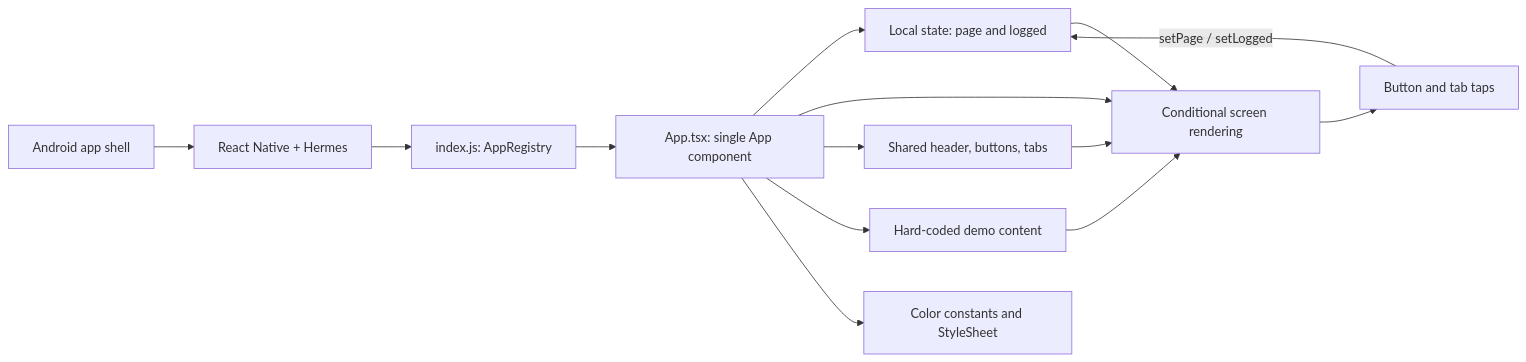
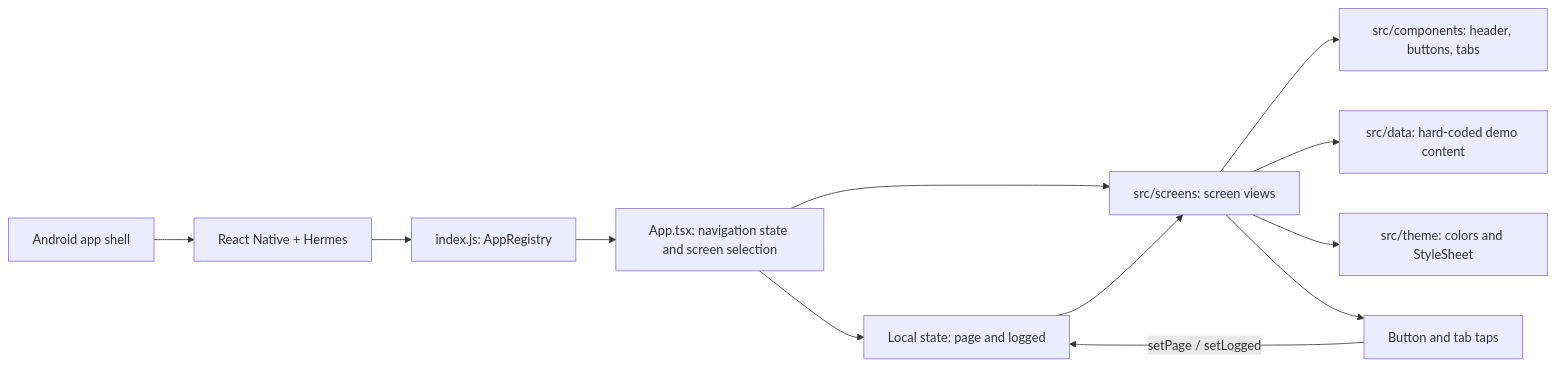
One commit to Patt-00/Campus4Change changed the first of 2 diagrams in docs/ARCHITECTURE.md. Above: the diagram before and after it, drawn with Mermaid. The commit also changed other lines of this file and 17 other files, not shown here.

Commit message:
Organize prototype screens and shared UI

````diff
--- a/docs/ARCHITECTURE.md
+++ b/docs/ARCHITECTURE.md
@@ -5,16 +5,14 @@
 ```mermaid
 flowchart LR
     Android["Android app shell"] --> RN["React Native + Hermes"]
     RN --> Entry["index.js: AppRegistry"]
-    Entry --> App["App.tsx: single App component"]
+    Entry --> App["App.tsx: navigation state and screen selection"]
     App --> State["Local state: page and logged"]
-    App --> UI["Conditional screen rendering"]
-    App --> Shared["Shared header, buttons, tabs"]
-    App --> Data["Hard-coded demo content"]
-    App --> Styles["Color constants and StyleSheet"]
-    State --> UI
-    Shared --> UI
-    Data --> UI
-    UI --> Actions["Button and tab taps"]
+    App --> Screens["src/screens: screen views"]
+    Screens --> Shared["src/components: header, buttons, tabs"]
+    Screens --> Data["src/data: hard-coded demo content"]
+    Screens --> Styles["src/theme: colors and StyleSheet"]
+    State --> Screens
+    Screens --> Actions["Button and tab taps"]
     Actions -->|"setPage / setLogged"| State
 ```
````
